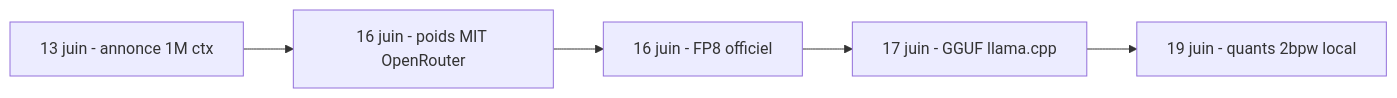
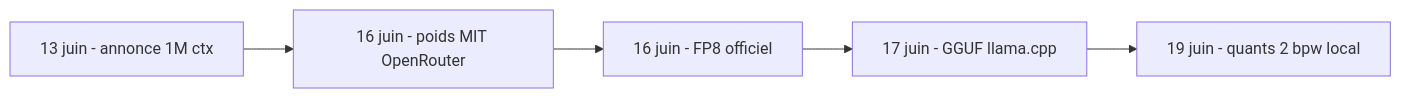
Before and after one commit to LINDECKER-Charles/MaVeille: the first of 3 diagrams in report/weekly/2026-W25_weekly.md, drawn with Mermaid. The commit also changed other lines of this file, not shown here.

````diff
--- a/report/weekly/2026-W25_weekly.md
+++ b/report/weekly/2026-W25_weekly.md
@@ -36,7 +30,7 @@
 ```mermaid
 flowchart LR
   A[13 juin - annonce 1M ctx] --> B[16 juin - poids MIT OpenRouter]
   B --> C[16 juin - FP8 officiel]
   C --> D[17 juin - GGUF llama.cpp]
-  D --> E[19 juin - quants 2bpw local]
+  D --> E[19 juin - quants 2 bpw local]
 ```
````
